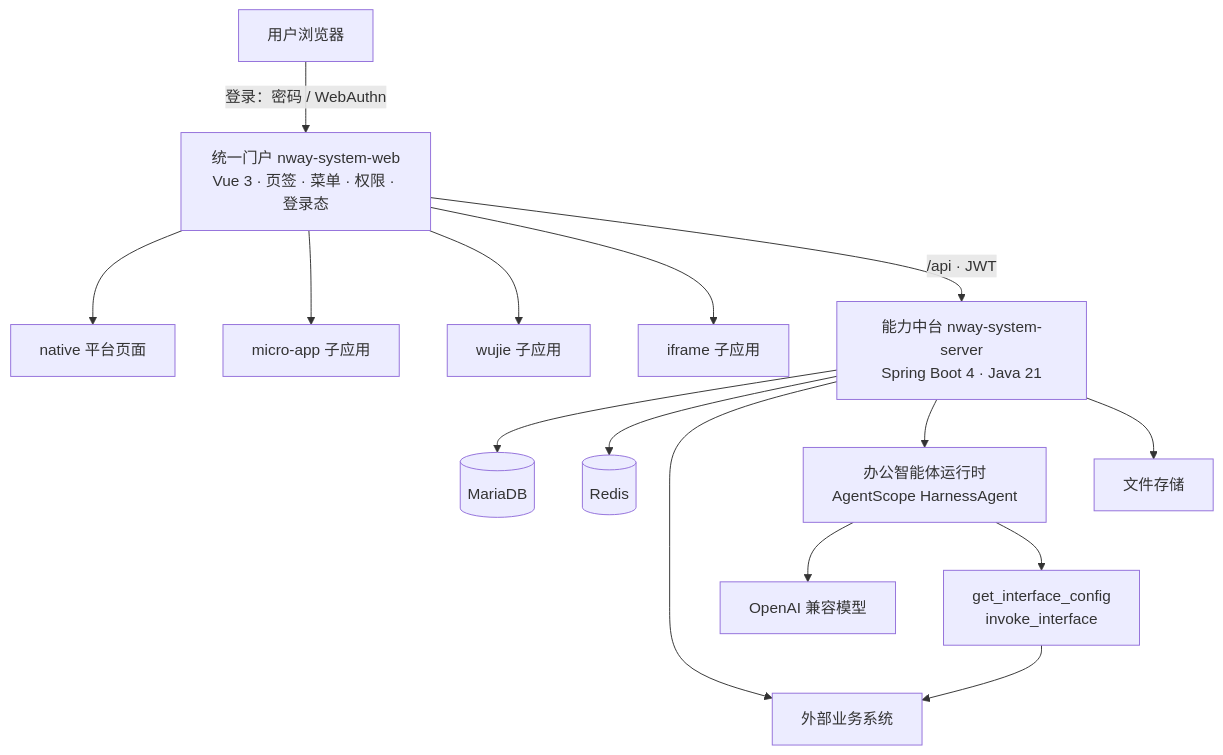
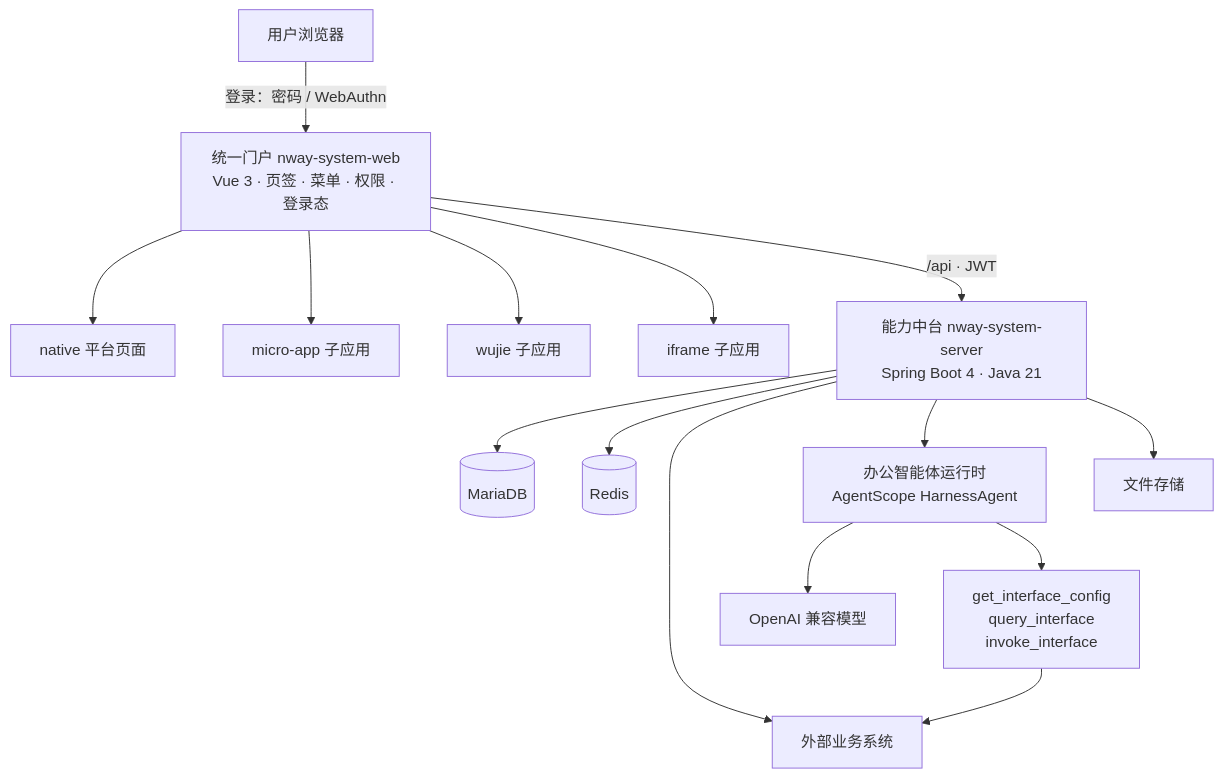
Before and after one commit to zdtjss/nway-system: the second of 2 diagrams in README.md, drawn with Mermaid. The commit also changed other lines of this file and 56 other files, not shown here.

````diff
--- a/README.md
+++ b/README.md
@@ -411,19 +415,19 @@
 ```mermaid
 flowchart TB
     U[用户浏览器] -->|"登录：密码 / WebAuthn"| H["统一门户 nway-system-web<br/>Vue 3 · 页签 · 菜单 · 权限 · 登录态"]
     H --> N[native 平台页面]
     H --> M[micro-app 子应用]
     H --> W[wujie 子应用]
     H --> F[iframe 子应用]
 
     H -->|"/api · JWT"| S["能力中台 nway-system-server<br/>Spring Boot 4 · Java 21"]
     S --> DB[(MariaDB)]
     S --> RD[(Redis)]
     S --> EXT[外部业务系统]
 
     S --> A["办公智能体运行时<br/>AgentScope HarnessAgent"]
     A --> LLM[OpenAI 兼容模型]
-    A --> T["get_interface_config<br/>invoke_interface"]
+    A --> T["get_interface_config<br/>query_interface<br/>invoke_interface"]
     T --> EXT
     S --> FILE[文件存储]
 ```
````
